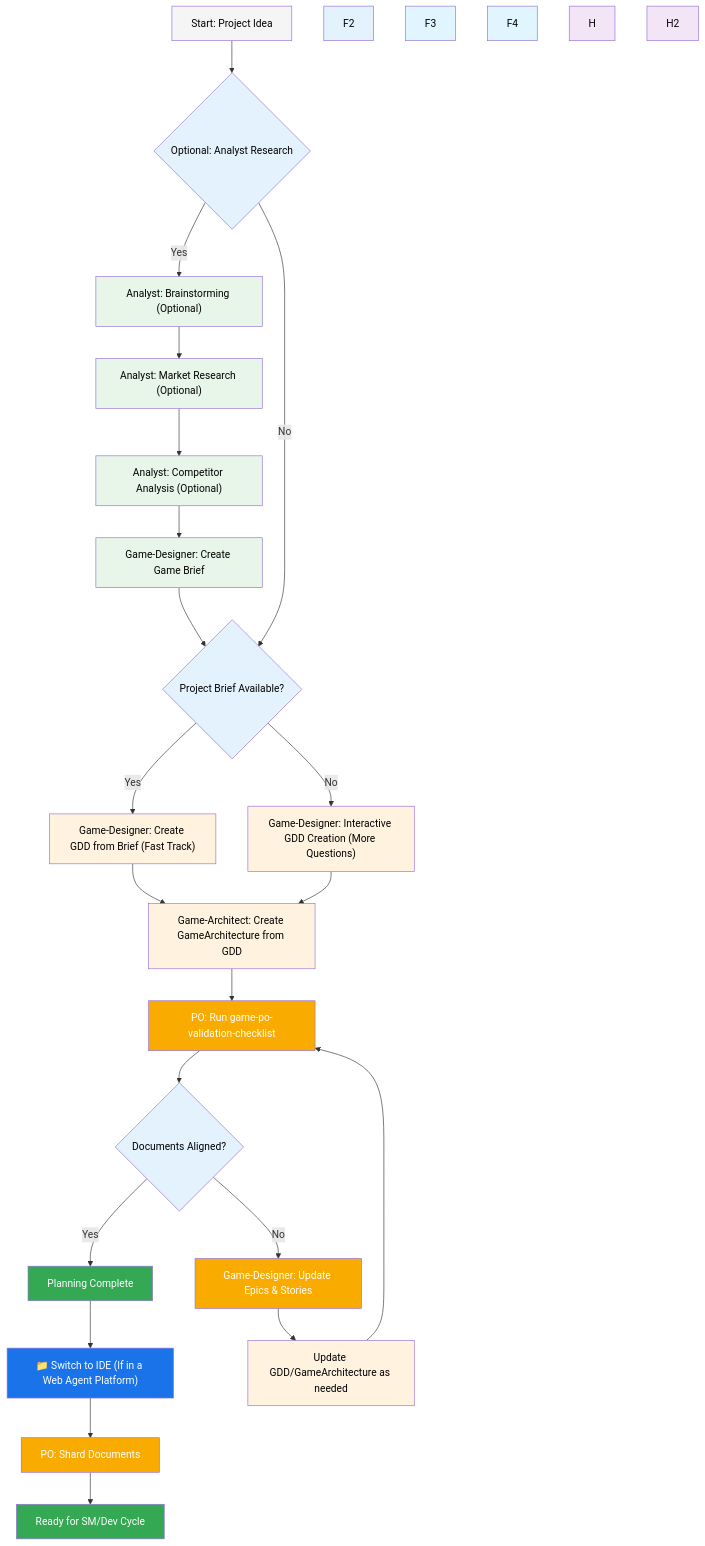
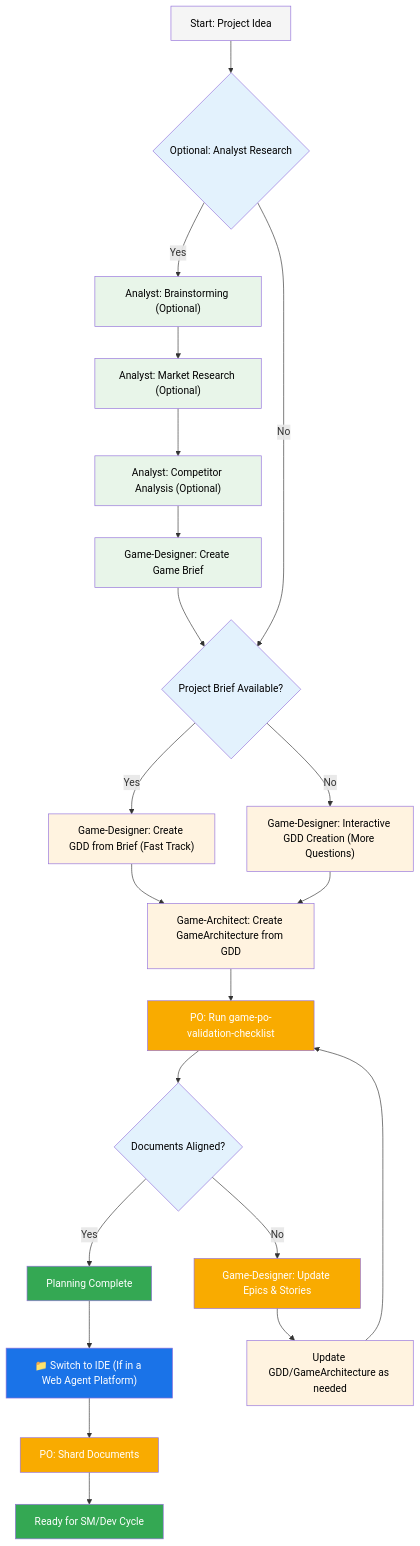
The first of 2 diagrams in bmad-godot-game-dev/README.md (TheCircus/BMAD-Godot-Expansion), drawn with Mermaid before and after one commit.

Commit message:
Fixing Flow Chart

````diff
--- a/bmad-godot-game-dev/README.md
+++ b/bmad-godot-game-dev/README.md
@@ -14,47 +14,42 @@
 ```mermaid
 graph TD
     A["Start: Project Idea"] --> B{"Optional: Analyst Research"}
     B -->|Yes| C["Analyst: Brainstorming (Optional)"]
     B -->|No| G{"Project Brief Available?"}
     C --> C2["Analyst: Market Research (Optional)"]
     C2 --> C3["Analyst: Competitor Analysis (Optional)"]
     C3 --> D["Game-Designer: Create Game Brief"]
     D --> G
     G -->|Yes| E["Game-Designer: Create GDD from Brief (Fast Track)"]
     G -->|No| E2["Game-Designer: Interactive GDD Creation (More Questions)"]
     E --> F["GDD Created with FRs, NFRs, Epics & Stories"]
     E2 --> F
     F["Game-Architect: Create GameArchitecture from GDD"] --> I["PO: Run game-po-validation-checklist"]
     I --> J{"Documents Aligned?"}
     J -->|Yes| K["Planning Complete"]
     J -->|No| L["Game-Designer: Update Epics & Stories"]
     L --> M["Update GDD/GameArchitecture as needed"]
     M --> I
     K --> N["📁 Switch to IDE (If in a Web Agent Platform)"]
     N --> O["PO: Shard Documents"]
     O --> P["Ready for SM/Dev Cycle"]
 
     style A fill:#f5f5f5,color:#000
     style B fill:#e3f2fd,color:#000
     style C fill:#e8f5e9,color:#000
     style C2 fill:#e8f5e9,color:#000
     style C3 fill:#e8f5e9,color:#000
     style D fill:#e8f5e9,color:#000
     style E fill:#fff3e0,color:#000
     style E2 fill:#fff3e0,color:#000
     style F fill:#fff3e0,color:#000
-    style F2 fill:#e3f2fd,color:#000
-    style F3 fill:#e1f5fe,color:#000
-    style F4 fill:#e1f5fe,color:#000
     style G fill:#e3f2fd,color:#000
-    style H fill:#f3e5f5,color:#000
-    style H2 fill:#f3e5f5,color:#000
     style I fill:#f9ab00,color:#fff
     style J fill:#e3f2fd,color:#000
     style K fill:#34a853,color:#fff
     style L fill:#f9ab00,color:#fff
     style M fill:#fff3e0,color:#000
     style N fill:#1a73e8,color:#fff
     style O fill:#f9ab00,color:#fff
     style P fill:#34a853,color:#fff
 ```
````
